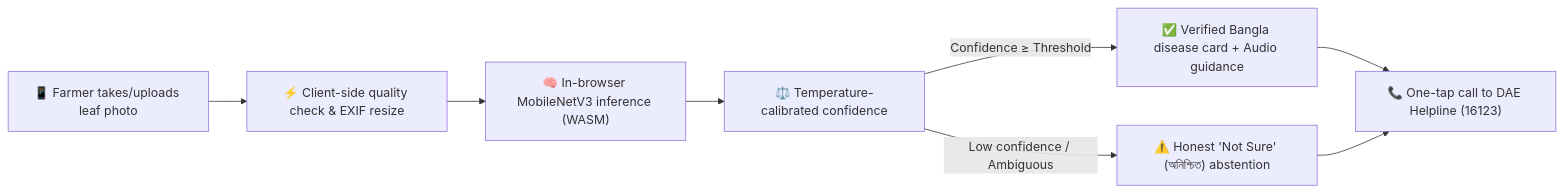
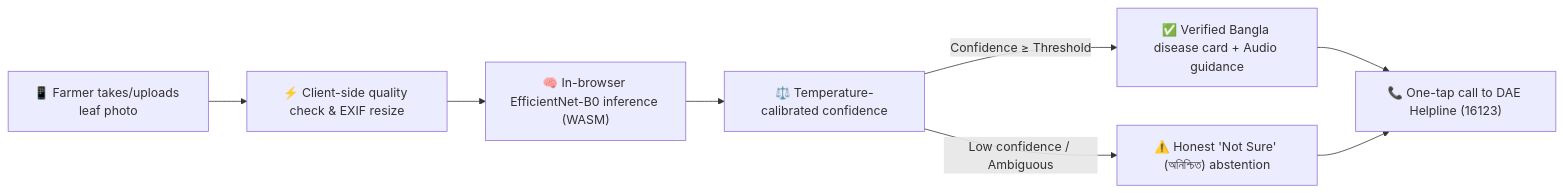
Before and after one commit to masumcit44/AgroLeaf-AI: the diagram in README.md, drawn with Mermaid. The commit also changed other lines of this file and 7 other files, not shown here.

````diff
--- a/README.md
+++ b/README.md
@@ -30,10 +30,10 @@
 ```mermaid
 flowchart LR
     A["📱 Farmer takes/uploads leaf photo"] --> B["⚡ Client-side quality check & EXIF resize"]
-    B --> C["🧠 In-browser MobileNetV3 inference (WASM)"]
+    B --> C["🧠 In-browser EfficientNet-B0 inference (WASM)"]
     C --> D["⚖️ Temperature-calibrated confidence"]
     D -->|Confidence &ge; Threshold| E["✅ Verified Bangla disease card + Audio guidance"]
     D -->|Low confidence / Ambiguous| F["⚠️ Honest 'Not Sure' (অনিশ্চিত) abstention"]
     E --> G["📞 One-tap call to DAE Helpline (16123)"]
     F --> G
 ```
````
